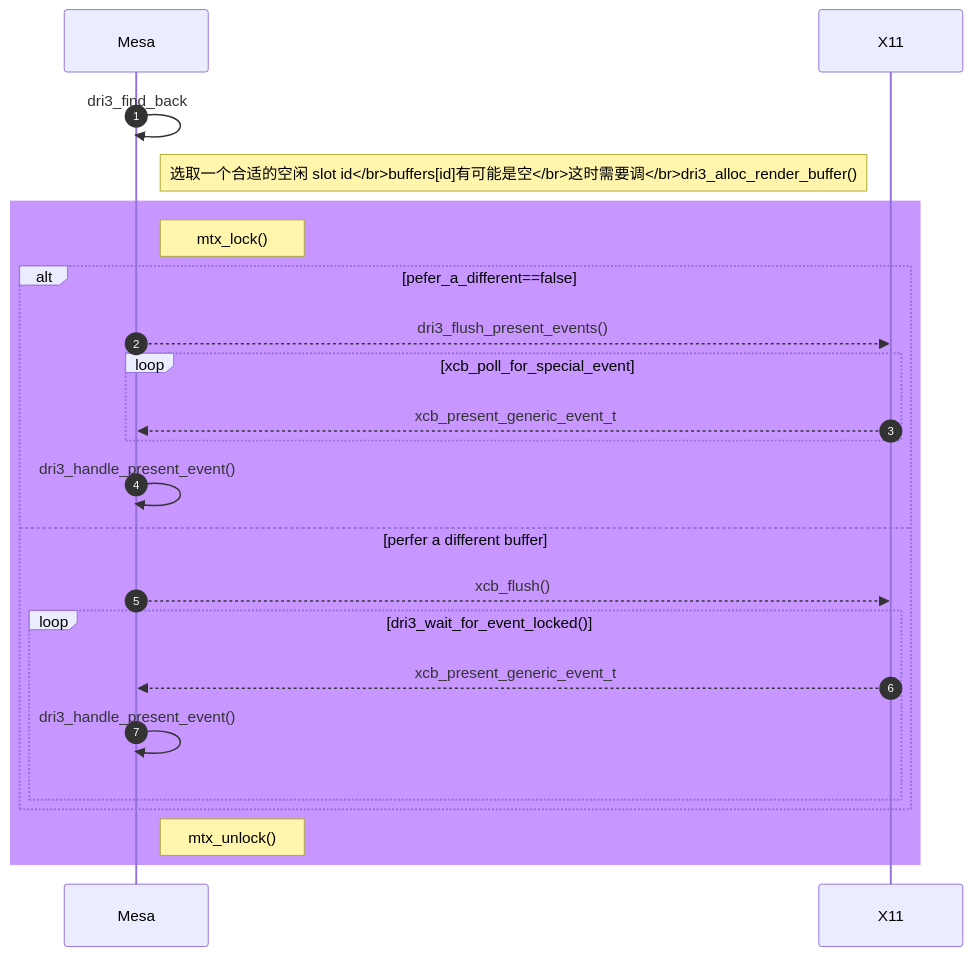
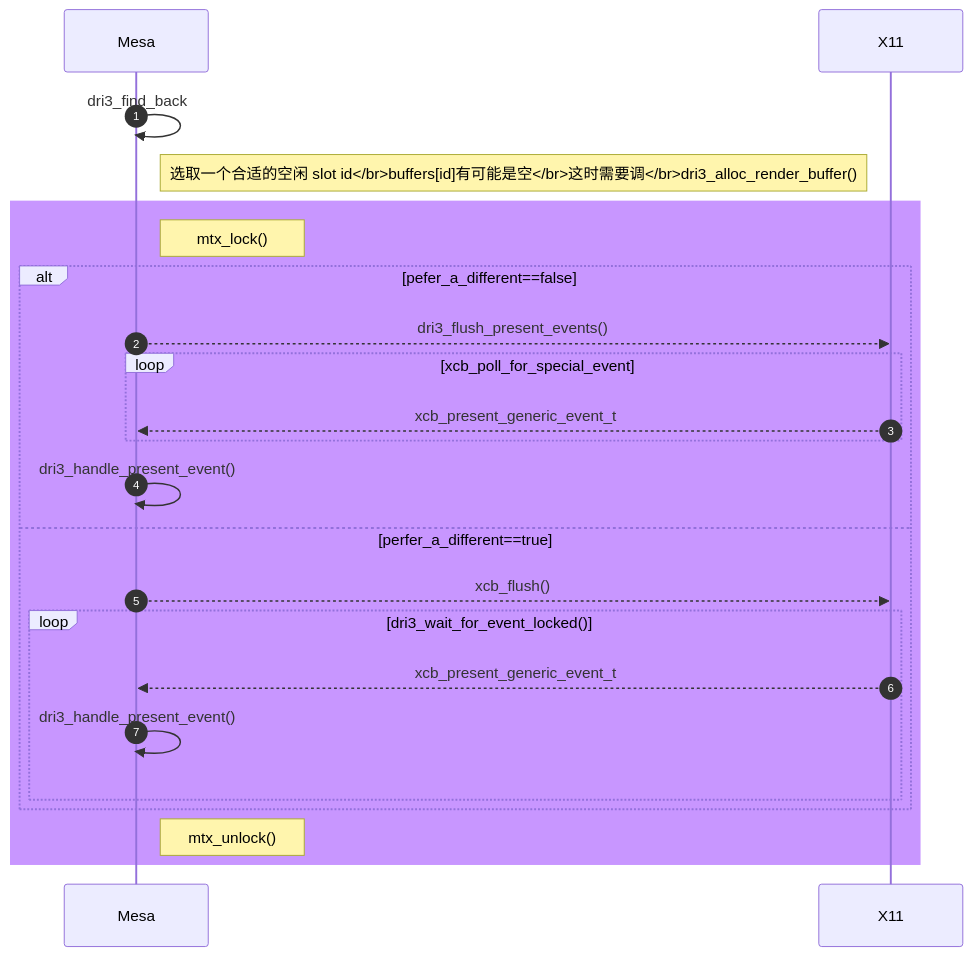
Before and after one commit to lucmann/lucmann.github.io: the fourth of 5 diagrams in source/_posts/gfx/dri3.md, drawn with Mermaid. The commit also changed other lines of this file, not shown here.

Commit message:
gfx: dri3_find_back

````diff
--- a/source/_posts/gfx/dri3.md
+++ b/source/_posts/gfx/dri3.md
@@ -242,26 +242,26 @@
 ```mermaid
 sequenceDiagram
     autonumber
     participant Mesa
     participant X11
 
     Mesa->>Mesa: dri3_find_back
     note right of Mesa: 选取一个合适的空闲 slot id</br>buffers[id]有可能是空</br>这时需要调</br>dri3_alloc_render_buffer()
     rect rgb(200, 150, 255)
     note right of Mesa: mtx_lock()
     alt pefer_a_different==false
         Mesa-->>X11: dri3_flush_present_events()
         loop xcb_poll_for_special_event
             X11-->>Mesa: xcb_present_generic_event_t
         end
         Mesa->>Mesa: dri3_handle_present_event()
-    else perfer a different buffer
+    else perfer_a_different==true
         Mesa-->>X11: xcb_flush()
         loop dri3_wait_for_event_locked()
             X11-->>Mesa: xcb_present_generic_event_t
             Mesa->>Mesa: dri3_handle_present_event()
         end
     end
     note right of Mesa: mtx_unlock()
     end
 ```
````
